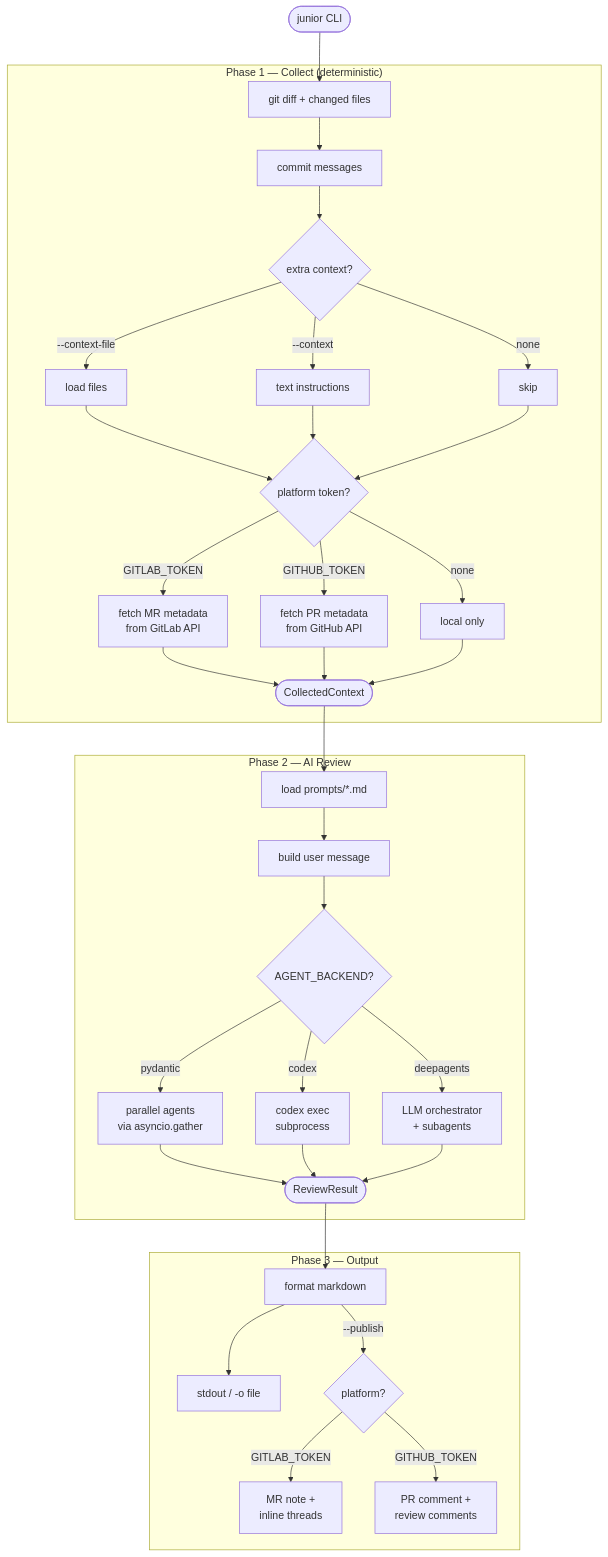
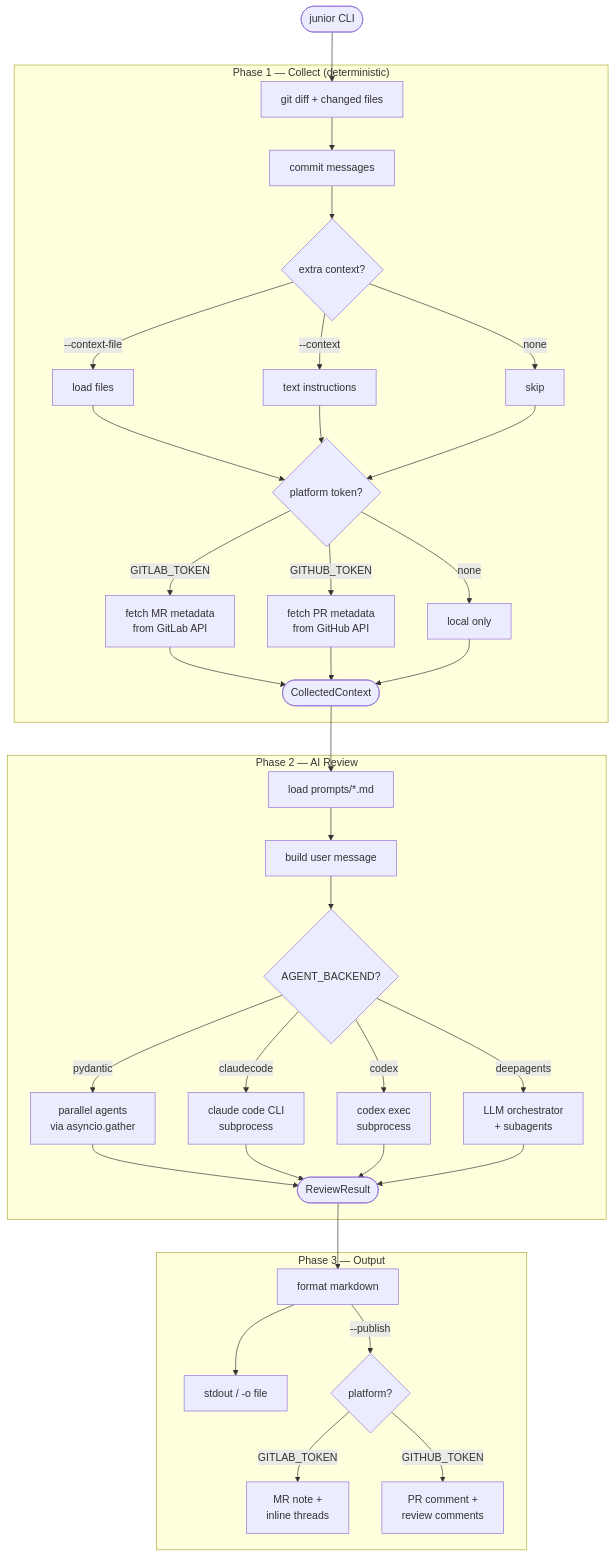
Before and after one commit to mishachepi/junior: the diagram in docs/architecture.md, drawn with Mermaid. The commit also changed other lines of this file, not shown here.

Commit message:
docs: add claudecode to architecture diagrams

````diff
--- a/docs/architecture.md
+++ b/docs/architecture.md
@@ -16,37 +16,38 @@
 ```mermaid
 flowchart TD
     A([junior CLI]) --> B
 
     subgraph P1["Phase 1 — Collect (deterministic)"]
         B[git diff + changed files] --> C[commit messages]
         C --> D{extra context?}
         D -->|"--context-file"| E[load files]
         D -->|"--context"| F[text instructions]
         D -->|none| G[skip]
         E & F & G --> H{platform token?}
         H -->|GITLAB_TOKEN| I[fetch MR metadata\nfrom GitLab API]
         H -->|GITHUB_TOKEN| J[fetch PR metadata\nfrom GitHub API]
         H -->|none| K[local only]
         I & J & K --> L([CollectedContext])
     end
 
     L --> M
 
     subgraph P2["Phase 2 — AI Review"]
         M[load prompts/*.md] --> N[build user message]
         N --> O{AGENT_BACKEND?}
         O -->|pydantic| P[parallel agents\nvia asyncio.gather]
+        O -->|claudecode| Q2[claude code CLI\nsubprocess]
         O -->|codex| Q[codex exec\nsubprocess]
         O -->|deepagents| R[LLM orchestrator\n+ subagents]
-        P & Q & R --> S([ReviewResult])
+        P & Q2 & Q & R --> S([ReviewResult])
     end
 
     S --> T
 
     subgraph P3["Phase 3 — Output"]
         T[format markdown] --> U[stdout / -o file]
         T -->|"--publish"| V{platform?}
         V -->|GITLAB_TOKEN| W[MR note +\ninline threads]
         V -->|GITHUB_TOKEN| X[PR comment +\nreview comments]
     end
 ```
````
